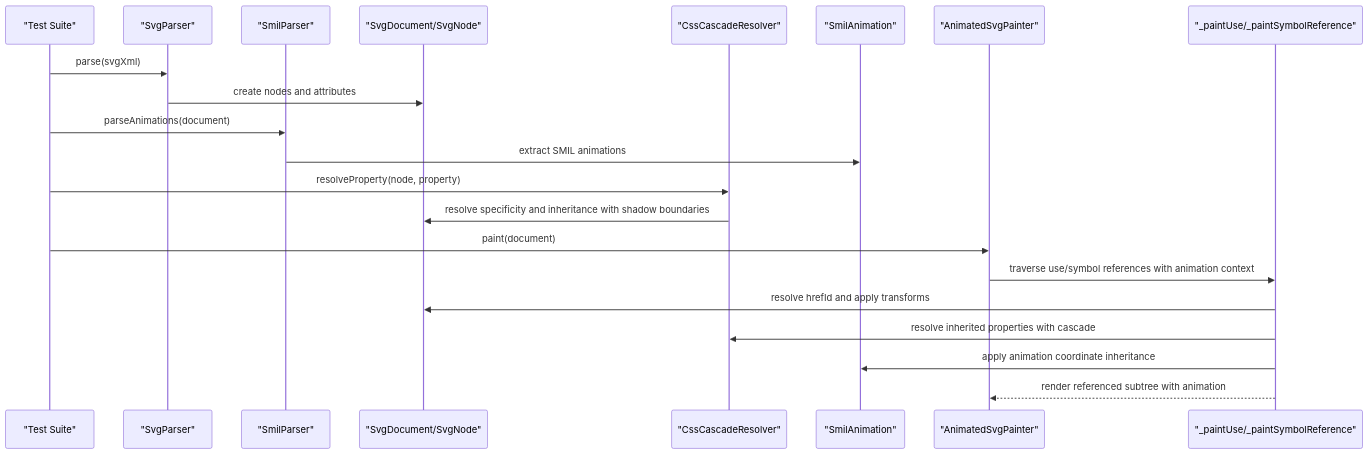
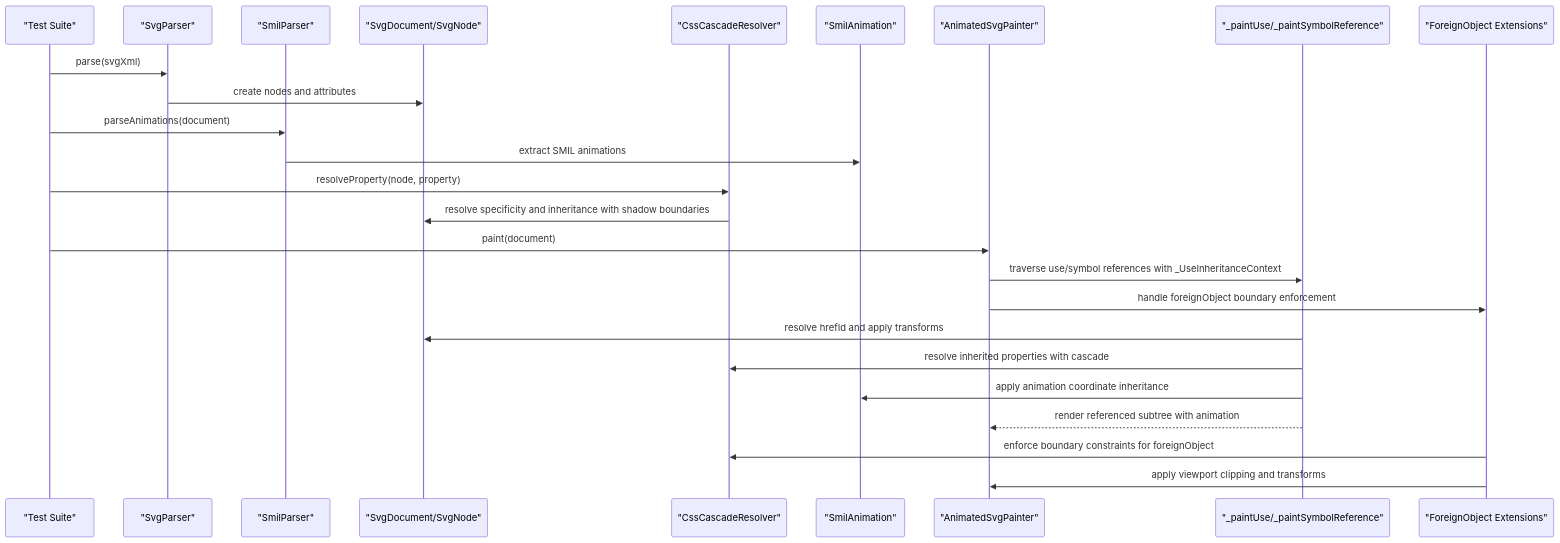
One commit to denisnadey/flutter_full_svg_support changed the second of 10 diagrams in .qoder/repowiki/en/content/Advanced Features/Use Element Symbol Inheritance.md. Above: the diagram before and after it, drawn with Mermaid. The commit also changed other lines of this file and 30 other files, not shown here.

First line of the commit message:
feat(svg): enforce ForeignObject CSS inheritance boundaries and optimize filter system

````diff
--- a/.qoder/repowiki/en/content/Advanced Features/Use Element Symbol Inheritance.md
+++ b/.qoder/repowiki/en/content/Advanced Features/Use Element Symbol Inheritance.md
@@ -163,23 +181,27 @@
 ```mermaid
 sequenceDiagram
 participant Test as "Test Suite"
 participant Parser as "SvgParser"
 participant SMIL as "SmilParser"
 participant DOM as "SvgDocument/SvgNode"
 participant CSS as "CssCascadeResolver"
 participant SMILAnim as "SmilAnimation"
 participant Painter as "AnimatedSvgPainter"
 participant UseExt as "_paintUse/_paintSymbolReference"
+participant FOExt as "ForeignObject Extensions"
 Test->>Parser : parse(svgXml)
 Parser->>DOM : create nodes and attributes
 Test->>SMIL : parseAnimations(document)
 SMIL->>SMILAnim : extract SMIL animations
 Test->>CSS : resolveProperty(node, property)
 CSS->>DOM : resolve specificity and inheritance with shadow boundaries
 Test->>Painter : paint(document)
-Painter->>UseExt : traverse use/symbol references with animation context
+Painter->>UseExt : traverse use/symbol references with _UseInheritanceContext
+Painter->>FOExt : handle foreignObject boundary enforcement
 UseExt->>DOM : resolve hrefId and apply transforms
 UseExt->>CSS : resolve inherited properties with cascade
 UseExt->>SMILAnim : apply animation coordinate inheritance
 UseExt-->>Painter : render referenced subtree with animation
+FOExt->>CSS : enforce boundary constraints for foreignObject
+FOExt->>Painter : apply viewport clipping and transforms
 ```
````
